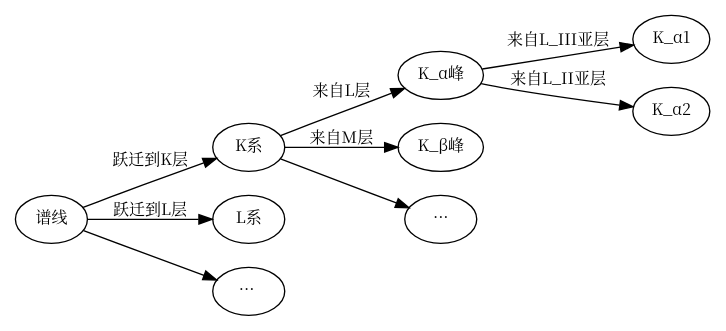
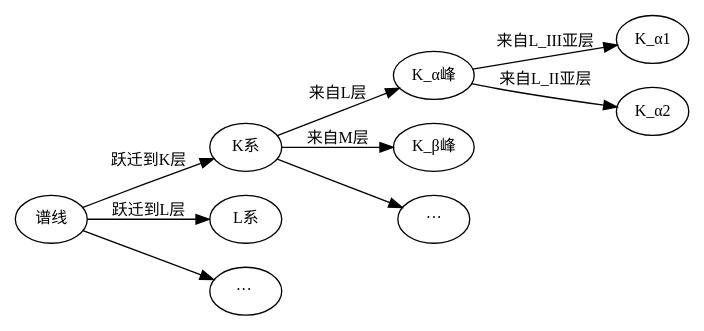
The diagram in X射线物理学.rst (lgwangh/Microstructural_Characterization_of_Materials_Notes), drawn with Graphviz before and after one commit.

Commit message:
对于graphviz字体问题的测试

```diff
--- a/X射线物理学.rst
+++ b/X射线物理学.rst
@@ -37,17 +37,17 @@
 .. digraph:: classification
 
-	node[fontname = "Noto Serif CJK SC",fontsize = 12];
-	edge[fontname = "Noto Serif CJK SC",fontsize = 12];
+	node[fontname = "Microsoft YaHei",fontsize = 12];
+	edge[fontname = "Microsoft YaHei",fontsize = 12];
 	rankdir=LR;
 	root[label="谱线"];
 	K[label="K系"];
 	Kalpha[label="K_α峰"];
 	Kalpha1[label="K_α1"];
 	root->K[label="跃迁到K层"];
 	K->Kalpha[label="来自L层"];
 	Kalpha->Kalpha1[label="来自L_III亚层"];
 	root->"L系"[label="跃迁到L层"];
 	root->"  ···  ";
 	K->"K_β峰"[label="来自M层"];
 	K->" ··· ";
 	Kalpha->"K_α2"[label="来自L_II亚层"]
```
